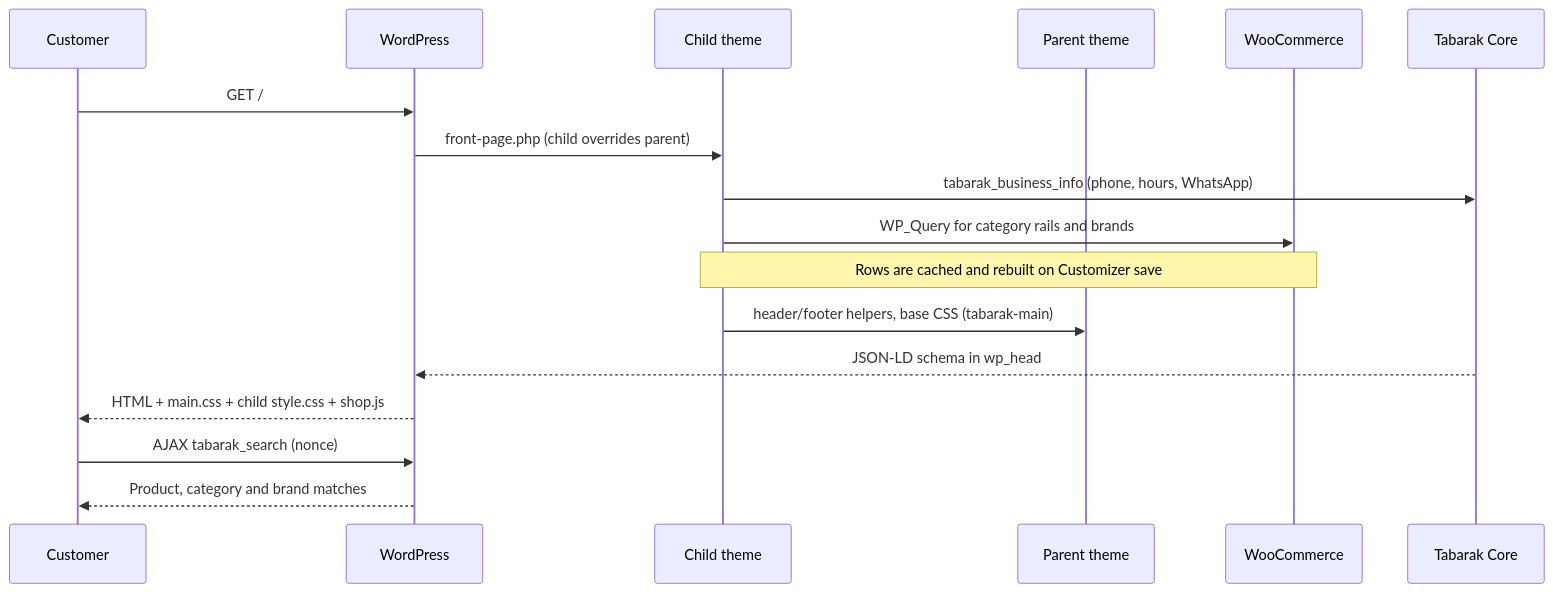
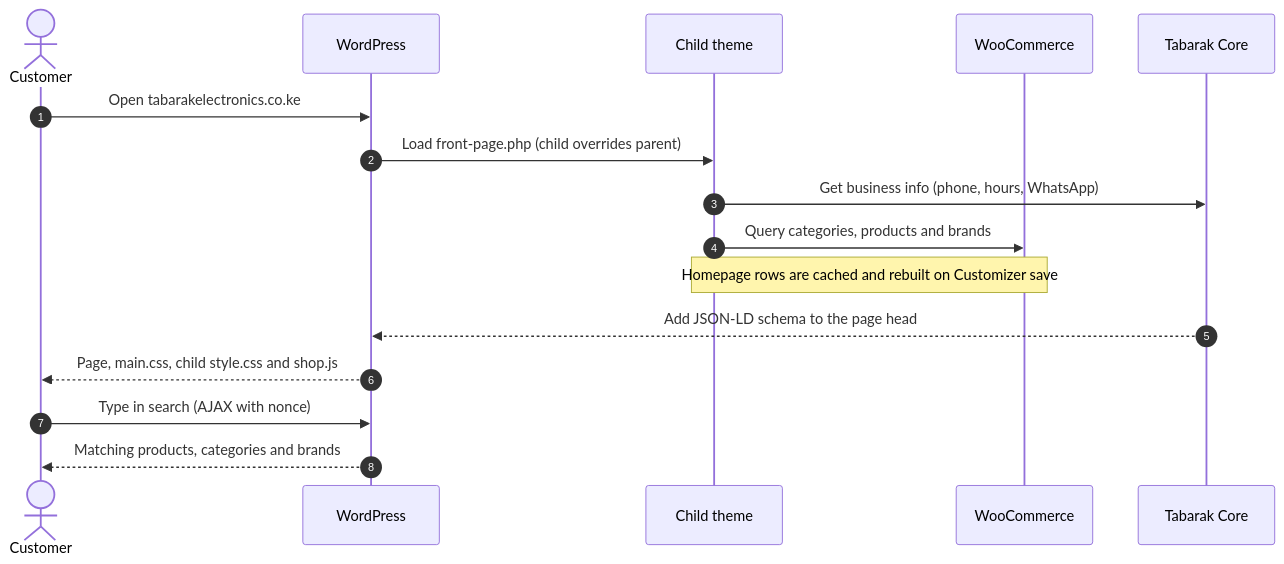
The second of 3 diagrams in README.md (moselanto/tabarakelectronics.co.ke), drawn with Mermaid before and after one commit. The commit also changed other lines of this file and 9 other files, not shown here.

Commit message:
README visuals: branded banner, framed screenshots, mobile showcase, palette and styled architecture diagrams

````diff
--- a/README.md
+++ b/README.md
@@ -149,20 +200,19 @@
 ```mermaid
 sequenceDiagram
-    participant U as Customer
+    autonumber
+    actor U as Customer
     participant WP as WordPress
     participant CH as Child theme
-    participant PT as Parent theme
     participant WC as WooCommerce
     participant TC as Tabarak Core
 
-    U->>WP: GET /
-    WP->>CH: front-page.php (child overrides parent)
-    CH->>TC: tabarak_business_info (phone, hours, WhatsApp)
-    CH->>WC: WP_Query for category rails and brands
-    Note over CH,WC: Rows are cached and rebuilt on Customizer save
-    CH->>PT: header/footer helpers, base CSS (tabarak-main)
-    TC-->>WP: JSON-LD schema in wp_head
-    WP-->>U: HTML + main.css + child style.css + shop.js
-    U->>WP: AJAX tabarak_search (nonce)
-    WP-->>U: Product, category and brand matches
+    U->>WP: Open tabarakelectronics.co.ke
+    WP->>CH: Load front-page.php (child overrides parent)
+    CH->>TC: Get business info (phone, hours, WhatsApp)
+    CH->>WC: Query categories, products and brands
+    Note over CH,WC: Homepage rows are cached and rebuilt on Customizer save
+    TC-->>WP: Add JSON-LD schema to the page head
+    WP-->>U: Page, main.css, child style.css and shop.js
+    U->>WP: Type in search (AJAX with nonce)
+    WP-->>U: Matching products, categories and brands
 ```
````
